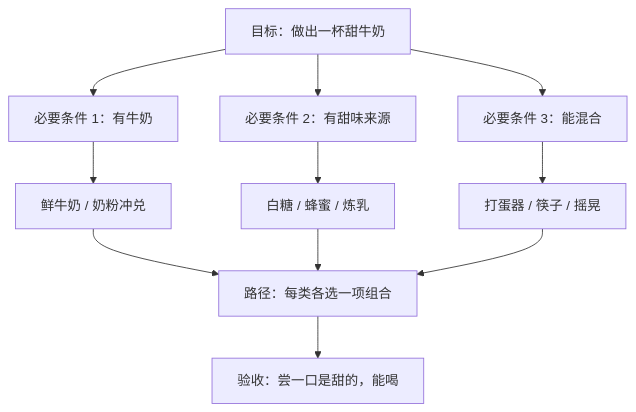
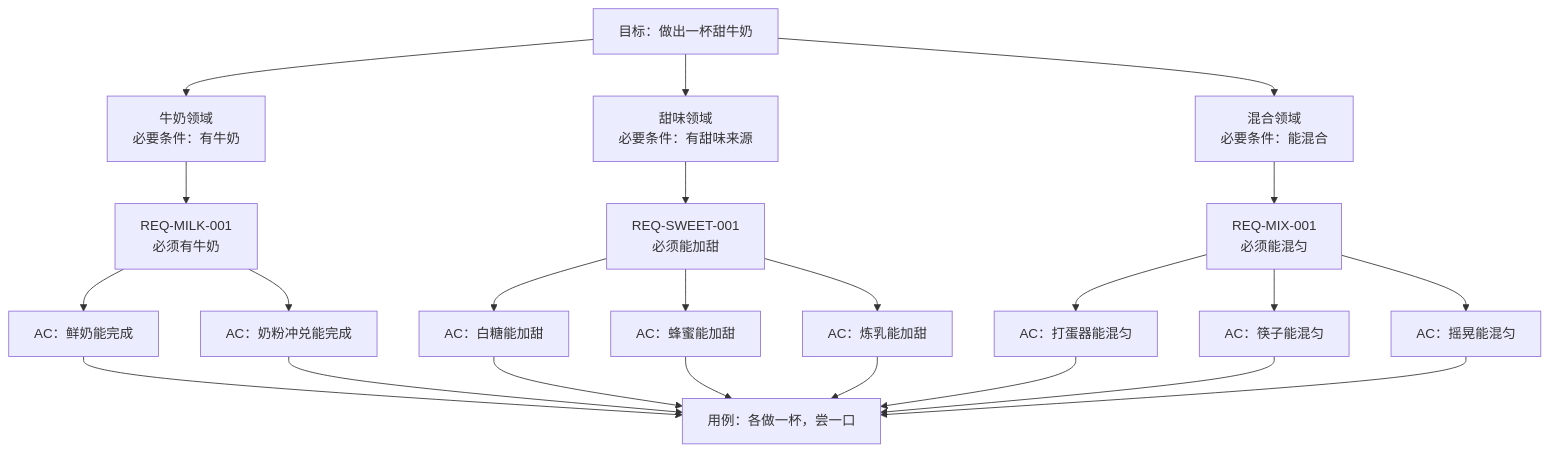
One commit to morewhyhan/Ignite changed the second of 2 diagrams in docs/GOAL.md. Above: the diagram before and after it, drawn with Mermaid. The commit also changed other lines of this file and 2 other files, not shown here.

Commit message:
docs: map the milk example onto domains and reqs

````diff
--- a/docs/GOAL.md
+++ b/docs/GOAL.md
@@ -152,22 +176,41 @@
 ```mermaid
 flowchart TD
   G["目标：做出一杯甜牛奶"]
-  N1["必要条件 1：有牛奶"]
-  N2["必要条件 2：有甜味来源"]
-  N3["必要条件 3：能混合"]
-  G --> N1
-  G --> N2
-  G --> N3
-  O1["鲜牛奶 / 奶粉冲兑"]
-  O2["白糖 / 蜂蜜 / 炼乳"]
-  O3["打蛋器 / 筷子 / 摇晃"]
-  N1 --> O1
-  N2 --> O2
-  N3 --> O3
-  P["路径：每类各选一项组合"]
-  O1 --> P
-  O2 --> P
-  O3 --> P
-  R["验收：尝一口是甜的，能喝"]
-  P --> R
+  D1["牛奶领域<br/>必要条件：有牛奶"]
+  D2["甜味领域<br/>必要条件：有甜味来源"]
+  D3["混合领域<br/>必要条件：能混合"]
+  G --> D1
+  G --> D2
+  G --> D3
+  R1["REQ-MILK-001<br/>必须有牛奶"]
+  R2["REQ-SWEET-001<br/>必须能加甜"]
+  R3["REQ-MIX-001<br/>必须能混匀"]
+  D1 --> R1
+  D2 --> R2
+  D3 --> R3
+  A1["AC：鲜奶能完成"]
+  A2["AC：奶粉冲兑能完成"]
+  A3["AC：白糖能加甜"]
+  A4["AC：蜂蜜能加甜"]
+  A5["AC：炼乳能加甜"]
+  A6["AC：打蛋器能混匀"]
+  A7["AC：筷子能混匀"]
+  A8["AC：摇晃能混匀"]
+  R1 --> A1
+  R1 --> A2
+  R2 --> A3
+  R2 --> A4
+  R2 --> A5
+  R3 --> A6
+  R3 --> A7
+  R3 --> A8
+  U["用例：各做一杯，尝一口"]
+  A1 --> U
+  A2 --> U
+  A3 --> U
+  A4 --> U
+  A5 --> U
+  A6 --> U
+  A7 --> U
+  A8 --> U
 ```
````
